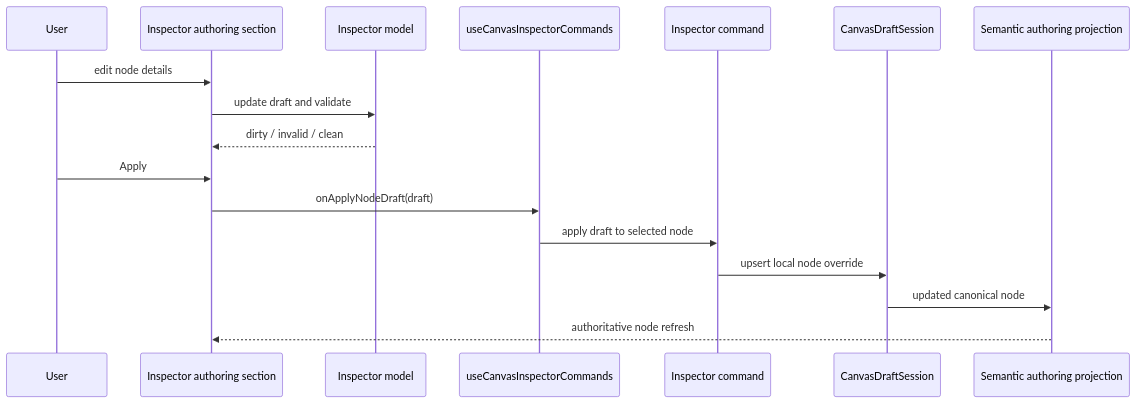
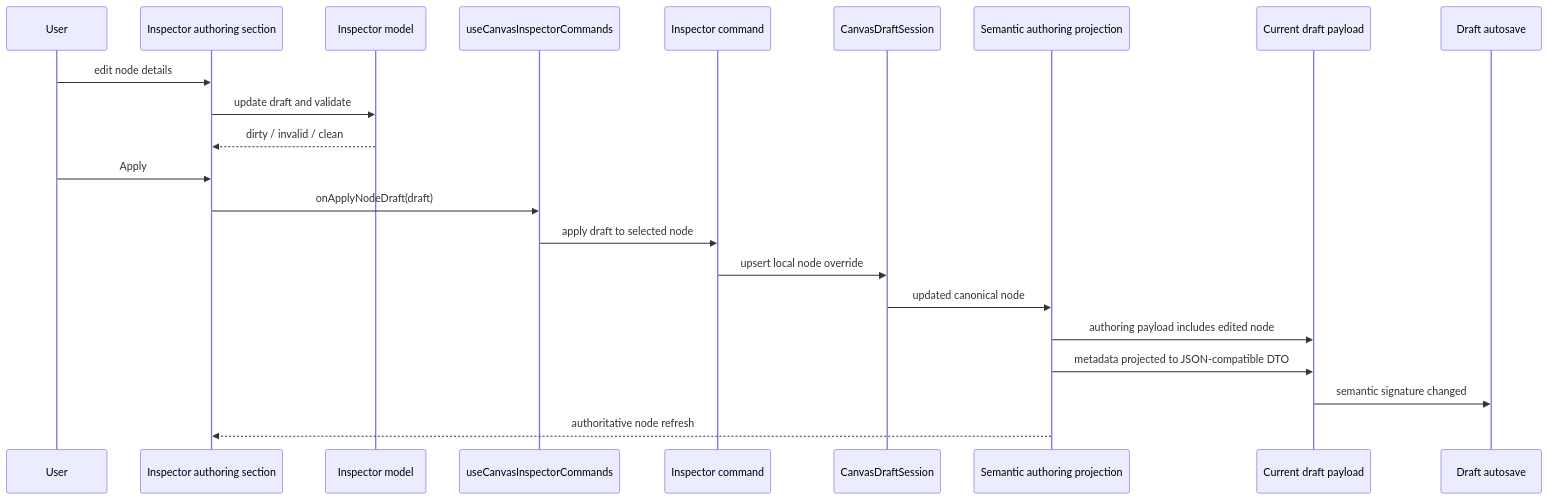
Before and after one commit to dunay2/dvt: the third of 3 diagrams in docs/architecture/components/web/graph/canvas-inspector-authoring-component.md, drawn with Mermaid. The commit also changed other lines of this file and 28 other files, not shown here.

Commit message:
feat(web): Add Canvas authoring metadata DTO

````diff
--- a/docs/architecture/components/web/graph/canvas-inspector-authoring-component.md
+++ b/docs/architecture/components/web/graph/canvas-inspector-authoring-component.md
@@ -121,20 +153,25 @@
 ```mermaid
 sequenceDiagram
   participant User
   participant Section as Inspector authoring section
   participant Model as Inspector model
   participant Hook as useCanvasInspectorCommands
   participant Command as Inspector command
   participant Session as CanvasDraftSession
   participant Projection as Semantic authoring projection
+  participant Payload as Current draft payload
+  participant Autosave as Draft autosave
 
   User->>Section: edit node details
   Section->>Model: update draft and validate
   Model-->>Section: dirty / invalid / clean
   User->>Section: Apply
   Section->>Hook: onApplyNodeDraft(draft)
   Hook->>Command: apply draft to selected node
   Command->>Session: upsert local node override
   Session->>Projection: updated canonical node
+  Projection->>Payload: authoring payload includes edited node
+  Projection->>Payload: metadata projected to JSON-compatible DTO
+  Payload->>Autosave: semantic signature changed
   Projection-->>Section: authoritative node refresh
 ```
````
